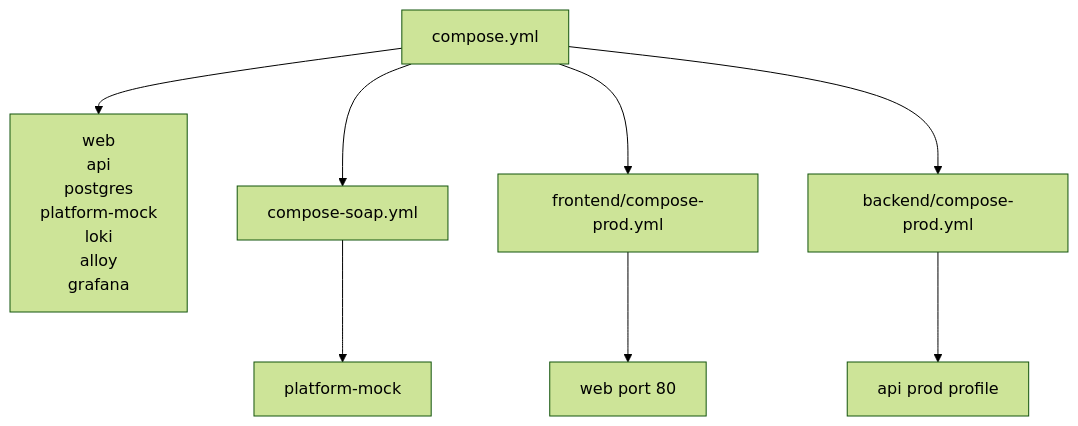
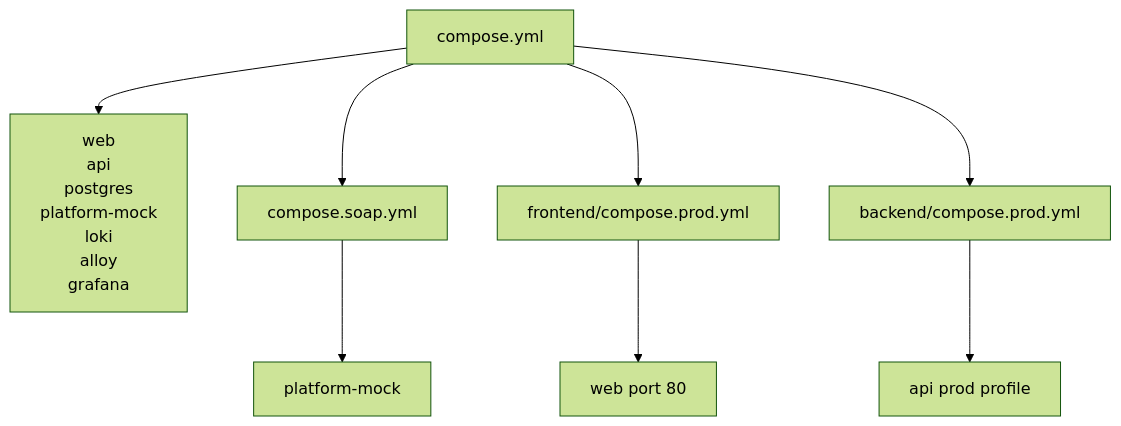
The first of 3 diagrams in docs/DEPLOYMENT.md (meowpow-png/wifi-admin), drawn with Mermaid (forest theme) before and after one commit. The commit also changed other lines of this file and 13 other files, not shown here.

````diff
--- a/docs/DEPLOYMENT.md
+++ b/docs/DEPLOYMENT.md
@@ -11,23 +11,23 @@
 ```mermaid
 flowchart TD
     PROD_NOTE["compose.yml"]
     PROD["web<br/>api<br/>postgres<br/>platform-mock<br/>loki<br/>alloy<br/>grafana"]
 
-    SOAP_NOTE["compose-soap.yml"]
+    SOAP_NOTE["compose.soap.yml"]
     SOAP["platform-mock"]
 
-    FRONTEND_PROD_NOTE["frontend/compose-prod.yml"]
+    FRONTEND_PROD_NOTE["frontend/compose.prod.yml"]
     FRONTEND_PROD["web port 80"]
 
-    BACKEND_PROD_NOTE["backend/compose-prod.yml"]
+    BACKEND_PROD_NOTE["backend/compose.prod.yml"]
     BACKEND_PROD["api prod profile"]
 
     PROD_NOTE --> PROD
     PROD_NOTE --> SOAP_NOTE
     PROD_NOTE --> FRONTEND_PROD_NOTE
     PROD_NOTE --> BACKEND_PROD_NOTE
 
     SOAP_NOTE --> SOAP
     FRONTEND_PROD_NOTE --> FRONTEND_PROD
     BACKEND_PROD_NOTE --> BACKEND_PROD
 ```
````
